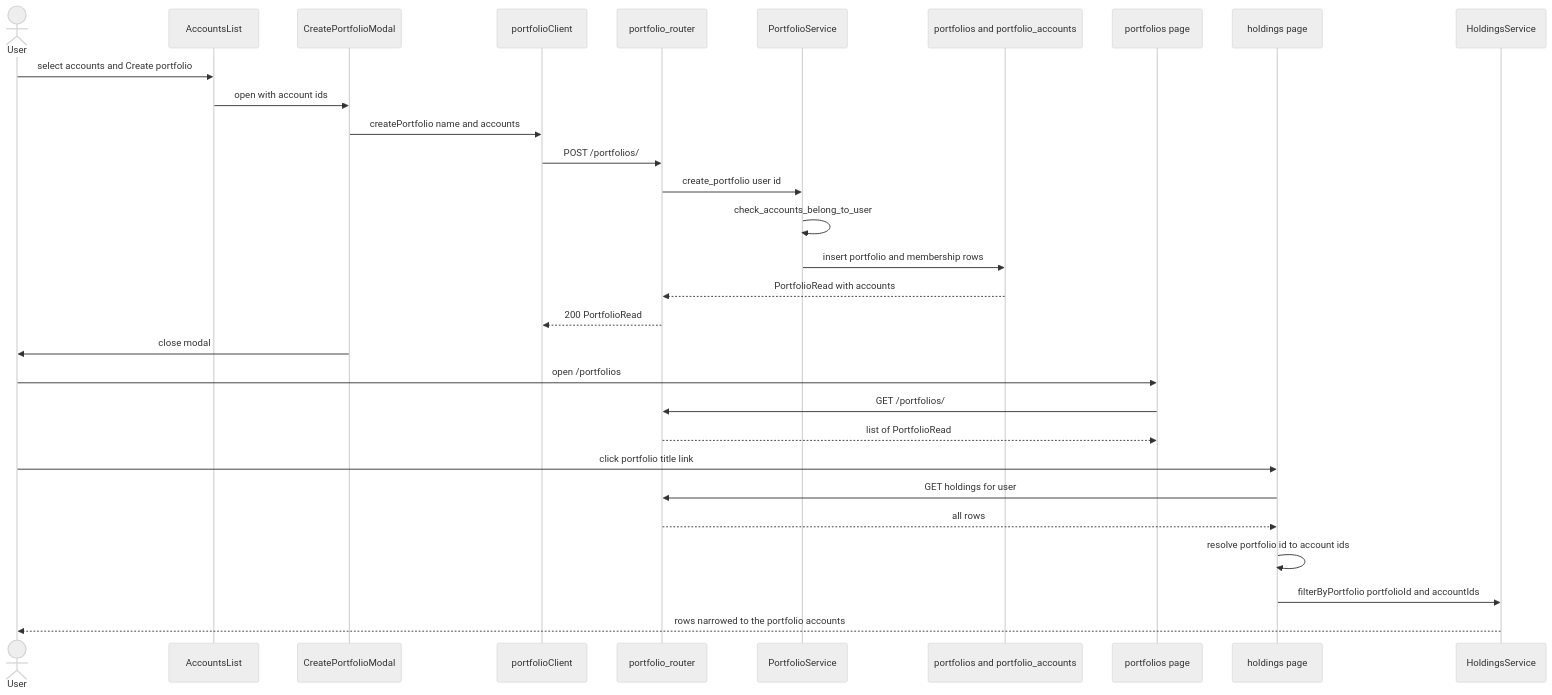
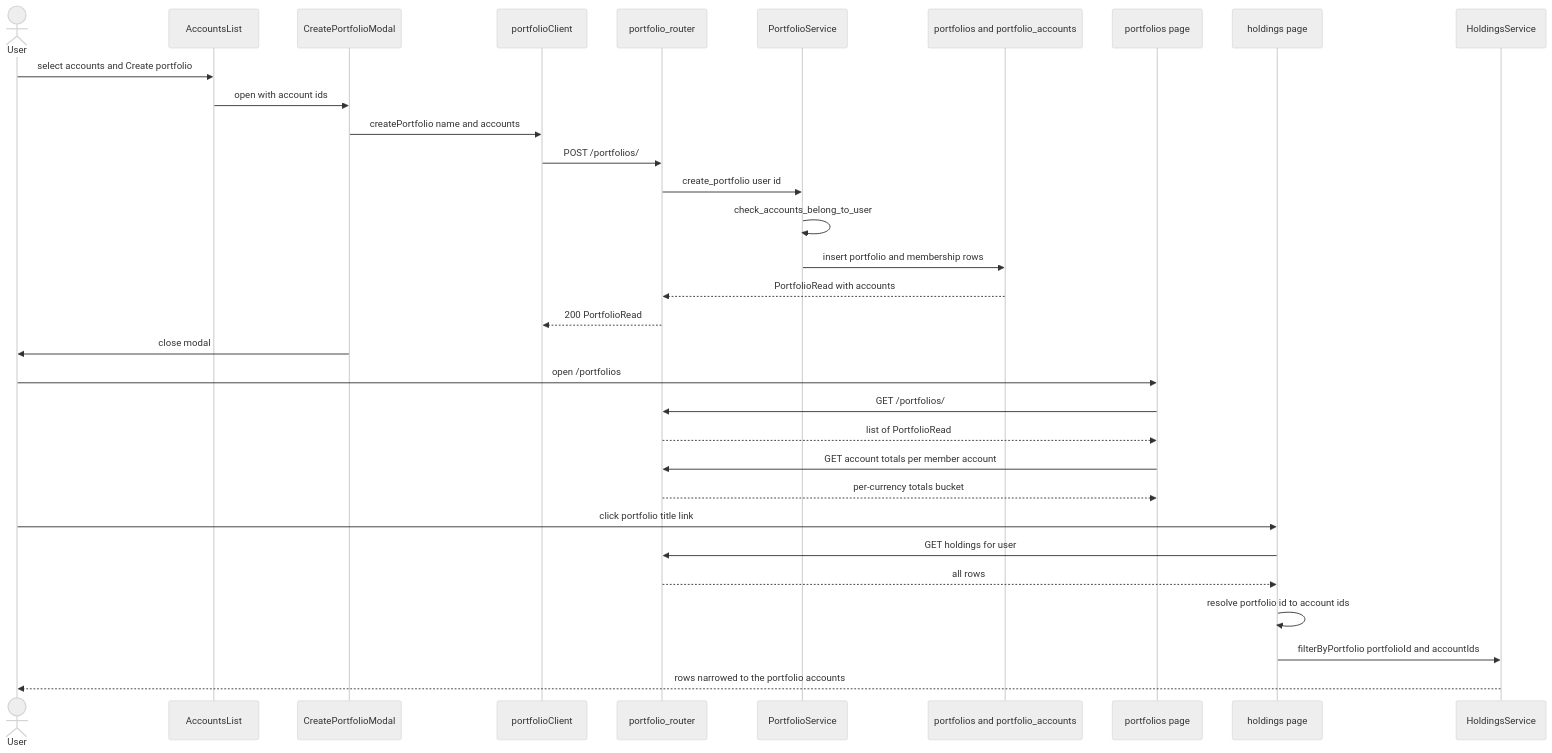
One commit to havekes/retail-portfolio changed the second of 3 diagrams in openwiki/workflows/portfolios.md. Above: the diagram before and after it, drawn with Mermaid (neutral theme). The commit also changed other lines of this file and 57 other files, not shown here.

````diff
--- a/openwiki/workflows/portfolios.md
+++ b/openwiki/workflows/portfolios.md
@@ -468,34 +549,36 @@
 ```mermaid
 sequenceDiagram
   actor User
   participant AccountsList as AccountsList
   participant Modal as CreatePortfolioModal
   participant Client as portfolioClient
   participant Router as portfolio_router
   participant Service as PortfolioService
   participant DB as portfolios and portfolio_accounts
   participant PortfoliosPage as portfolios page
   participant HoldingsPage as holdings page
   participant HS as HoldingsService
 
   User->>AccountsList: select accounts and Create portfolio
   AccountsList->>Modal: open with account ids
   Modal->>Client: createPortfolio name and accounts
   Client->>Router: POST /portfolios/
   Router->>Service: create_portfolio user id
   Service->>Service: check_accounts_belong_to_user
   Service->>DB: insert portfolio and membership rows
   DB-->>Router: PortfolioRead with accounts
   Router-->>Client: 200 PortfolioRead
   Modal->>User: close modal
 
   User->>PortfoliosPage: open /portfolios
   PortfoliosPage->>Router: GET /portfolios/
   Router-->>PortfoliosPage: list of PortfolioRead
+  PortfoliosPage->>Router: GET account totals per member account
+  Router-->>PortfoliosPage: per-currency totals bucket
   User->>HoldingsPage: click portfolio title link
   HoldingsPage->>Router: GET holdings for user
   Router-->>HoldingsPage: all rows
   HoldingsPage->>HoldingsPage: resolve portfolio id to account ids
   HoldingsPage->>HS: filterByPortfolio portfolioId and accountIds
   HS-->>User: rows narrowed to the portfolio accounts
 ```
````
